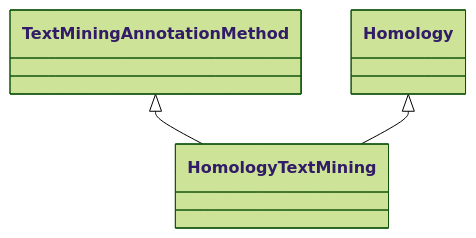
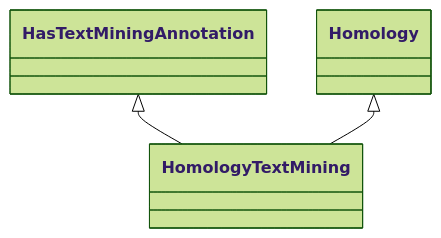
The diagram in semantic-motif-taxonomy/knet-motif-categories-doc/HomologyTextMining.md (KnetMiner/knetminer-schemas), drawn with Mermaid (forest theme) before and after one commit. The commit also changed other lines of this file and 59 other files, not shown here.

````diff
--- a/semantic-motif-taxonomy/knet-motif-categories-doc/HomologyTextMining.md
+++ b/semantic-motif-taxonomy/knet-motif-categories-doc/HomologyTextMining.md
@@ -21,11 +21,11 @@
 ```mermaid
  classDiagram
     class HomologyTextMining
     click HomologyTextMining href "../HomologyTextMining"
-      TextMiningAnnotationMethod <|-- HomologyTextMining
-        click TextMiningAnnotationMethod href "../TextMiningAnnotationMethod"
+      HasTextMiningAnnotation <|-- HomologyTextMining
+        click HasTextMiningAnnotation href "../HasTextMiningAnnotation"
       Homology <|-- HomologyTextMining
         click Homology href "../Homology"
       
       
 ```
````
